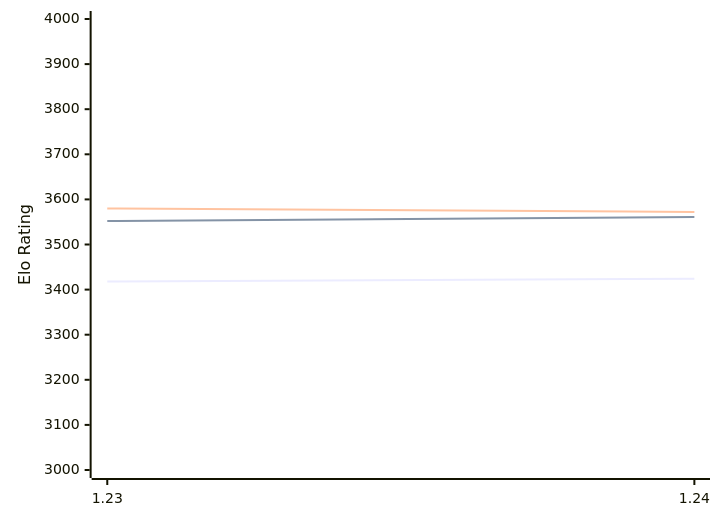
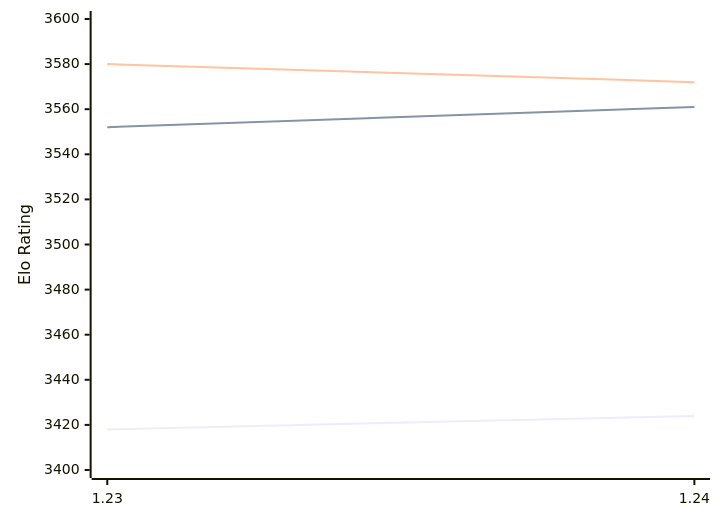
One commit to computer-chess-index/cci changed the diagram in engines/Caissa.md. Above: the diagram before and after it, drawn with Mermaid. The commit also changed other lines of this file, not shown here.

Commit message:
Update CCI Ratings (ELO VLTC) - 2026-02-10

````diff
--- a/engines/Caissa.md
+++ b/engines/Caissa.md
@@ -61,9 +61,9 @@
 ```mermaid
 %%{init: {"theme":"base","themeVariables":{"seriesColors:['#a3a3a3','#222221','#faa371']}}}%%
 xychart-beta
   x-axis ["1.23", "1.24"]
-  y-axis "Elo Rating" 3000 --> 4000
+  y-axis "Elo Rating" 3400 --> 3600
   line "STC (8.0+0.08s)" [3418, 3424]
   line "LTC (60.0+0.60s)" [3552, 3561]
   line "VLTC (2m24s+1.12s)" [3580, 3572]
 ```
````
